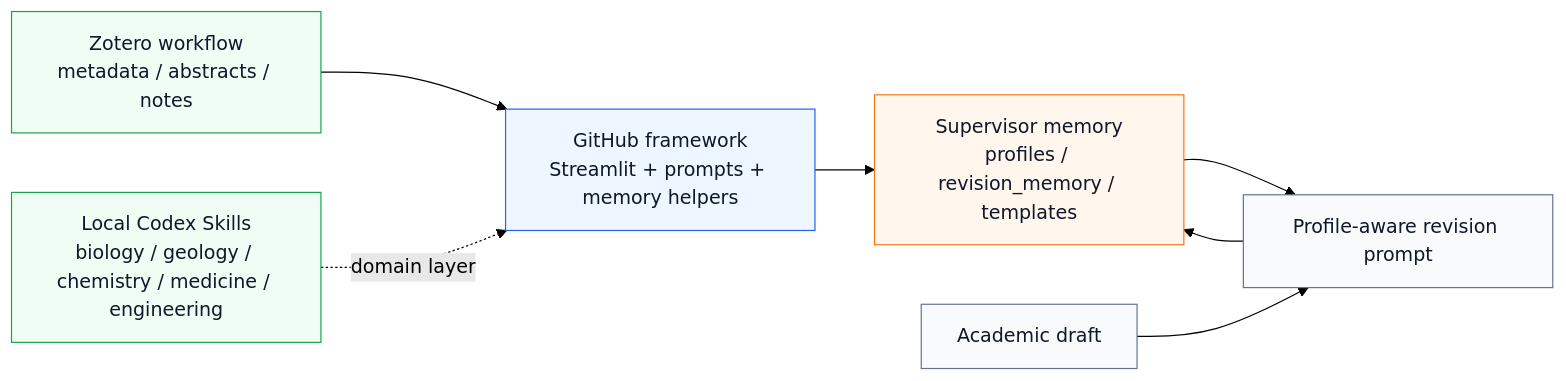
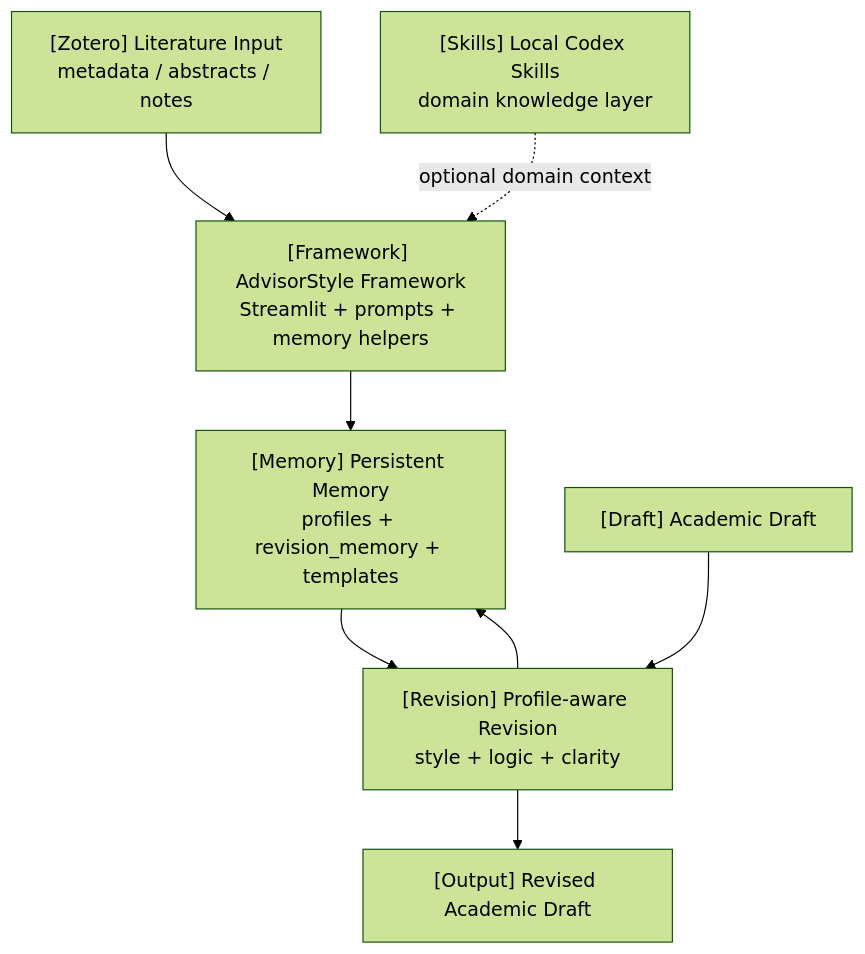
The diagram in README.md (CHF-hayden/advisor-style-agent), drawn with Mermaid (forest theme) before and after one commit. The commit also changed other lines of this file, not shown here.

Commit message:
Refine README architecture and memory tables

````diff
--- a/README.md
+++ b/README.md
@@ -40,21 +40,18 @@
 ```mermaid
-flowchart LR
-    classDef framework fill:#eef6ff,stroke:#2563eb,color:#0f172a,stroke-width:1px;
-    classDef local fill:#f0fdf4,stroke:#16a34a,color:#0f172a,stroke-width:1px;
-    classDef memory fill:#fff7ed,stroke:#f97316,color:#0f172a,stroke-width:1px;
-    classDef output fill:#f8fafc,stroke:#64748b,color:#0f172a,stroke-width:1px;
+flowchart TB
+    A["[Zotero] Literature Input<br/>metadata / abstracts / notes"]
+    B["[Skills] Local Codex Skills<br/>domain knowledge layer"]
+    C["[Framework] AdvisorStyle Framework<br/>Streamlit + prompts + memory helpers"]
+    D["[Memory] Persistent Memory<br/>profiles + revision_memory + templates"]
+    E["[Draft] Academic Draft"]
+    F["[Revision] Profile-aware Revision<br/>style + logic + clarity"]
+    G["[Output] Revised Academic Draft"]
 
-    Z["Zotero workflow<br/>metadata / abstracts / notes"]:::local
-    S["Local Codex Skills<br/>biology / geology / chemistry / medicine / engineering"]:::local
-    F["GitHub framework<br/>Streamlit + prompts + memory helpers"]:::framework
-    M["Supervisor memory<br/>profiles / revision_memory / templates"]:::memory
-    D["Academic draft"]:::output
-    R["Profile-aware revision prompt"]:::output
-
-    Z --> F
-    S -. domain layer .-> F
-    F --> M
-    M --> R
-    D --> R
-    R --> M
+    A --> C
+    B -. optional domain context .-> C
+    C --> D
+    D --> F
+    E --> F
+    F --> G
+    F --> D
 ```
````
